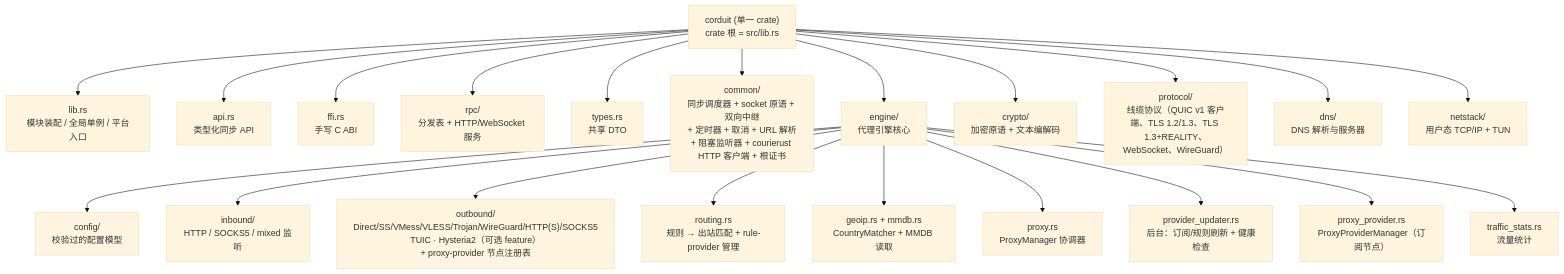
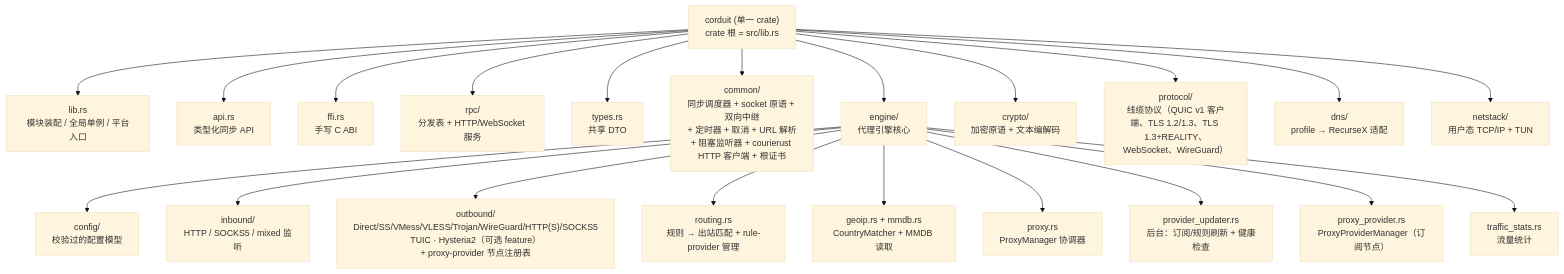
One commit to blueokanna/Corduit changed the first of 7 diagrams in wiki/Architecture.md. Above: the diagram before and after it, drawn with Mermaid (base theme). The commit also changed other lines of this file and 94 other files, not shown here.

````diff
--- a/wiki/Architecture.md
+++ b/wiki/Architecture.md
@@ -7,26 +7,26 @@
 ```mermaid
 flowchart TB
     ROOT["corduit (单一 crate)<br/>crate 根 = src/lib.rs"]
 
     ROOT --> LIB["lib.rs<br/>模块装配 / 全局单例 / 平台入口"]
     ROOT --> API["api.rs<br/>类型化同步 API"]
     ROOT --> FFI["ffi.rs<br/>手写 C ABI"]
     ROOT --> RPC["rpc/<br/>分发表 + HTTP/WebSocket 服务"]
     ROOT --> TYPES["types.rs<br/>共享 DTO"]
     ROOT --> COMMON["common/<br/>同步调度器 + socket 原语 + 双向中继<br/>+ 定时器 + 取消 + URL 解析<br/>+ 阻塞监听器 + courierust HTTP 客户端 + 根证书"]
     ROOT --> ENGINE["engine/<br/>代理引擎核心"]
     ROOT --> CRYPTO["crypto/<br/>加密原语 + 文本编解码"]
     ROOT --> PROTOCOL["protocol/<br/>线缆协议（QUIC v1 客户端、TLS 1.2/1.3、TLS 1.3+REALITY、WebSocket、WireGuard）"]
-    ROOT --> DNS["dns/<br/>DNS 解析与服务器"]
+    ROOT --> DNS["dns/<br/>profile → RecurseX 适配"]
     ROOT --> NETSTACK["netstack/<br/>用户态 TCP/IP + TUN"]
 
     ENGINE --> EC["config/<br/>校验过的配置模型"]
     ENGINE --> EI["inbound/<br/>HTTP / SOCKS5 / mixed 监听"]
     ENGINE --> EO["outbound/<br/>Direct/SS/VMess/VLESS/Trojan/WireGuard/HTTP(S)/SOCKS5<br/>TUIC · Hysteria2（可选 feature）<br/>+ proxy-provider 节点注册表"]
     ENGINE --> ER["routing.rs<br/>规则 → 出站匹配 + rule-provider 管理"]
     ENGINE --> EG["geoip.rs + mmdb.rs<br/>CountryMatcher + MMDB 读取"]
     ENGINE --> EP["proxy.rs<br/>ProxyManager 协调器"]
     ENGINE --> EU["provider_updater.rs<br/>后台：订阅/规则刷新 + 健康检查"]
     ENGINE --> EPP["proxy_provider.rs<br/>ProxyProviderManager（订阅节点）"]
     ENGINE --> ET["traffic_stats.rs<br/>流量统计"]
 ```
````
